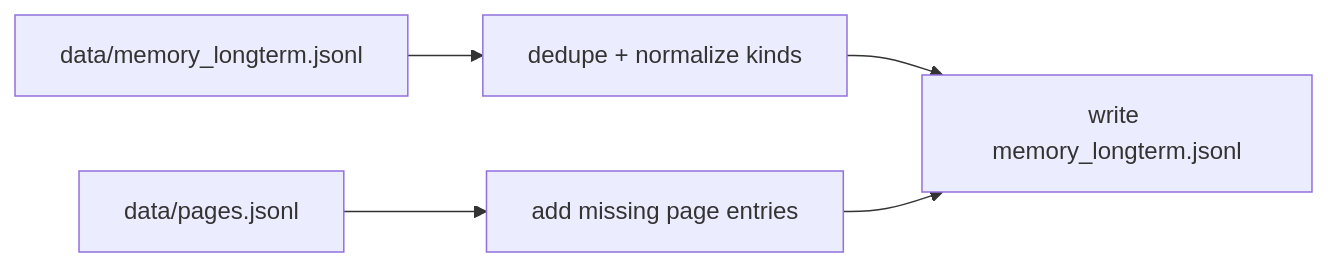
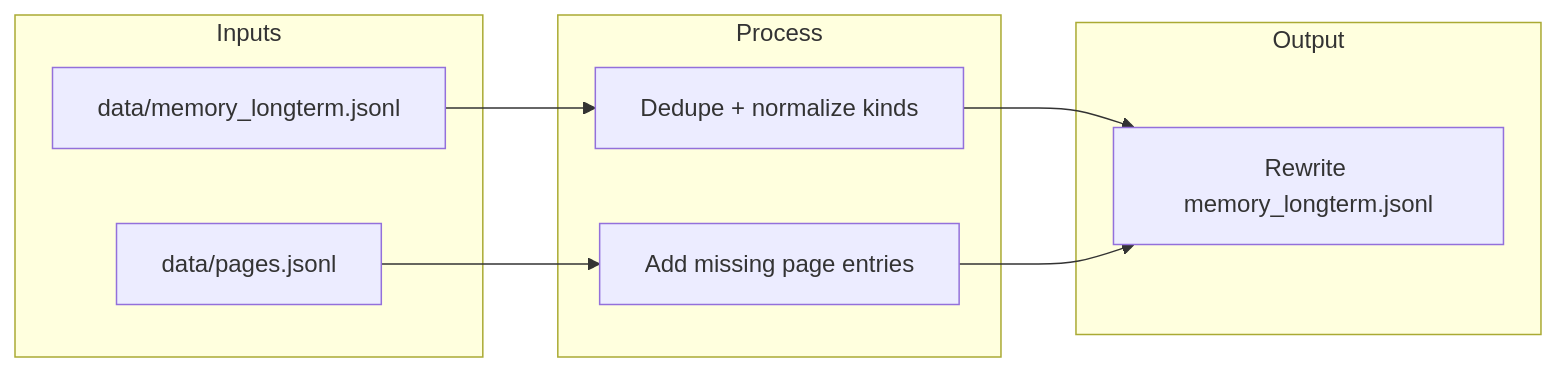
Before and after one commit to Torekas/web_crawler: the diagram in scripts/README.md, drawn with Mermaid. The commit also changed 5 other files, not shown here.

````diff
--- a/scripts/README.md
+++ b/scripts/README.md
@@ -20,7 +20,21 @@
 ```mermaid
 flowchart LR
-    ReadMem[data/memory_longterm.jsonl] --> Clean[dedupe + normalize kinds]
-    ReadPages[data/pages.jsonl] --> Add[add missing page entries]
-    Clean --> Write[write memory_longterm.jsonl]
+    subgraph Inputs["Inputs"]
+        Mem["data/memory_longterm.jsonl"]
+        Pages["data/pages.jsonl"]
+    end
+
+    subgraph Process["Process"]
+        Clean["Dedupe + normalize kinds"]
+        Add["Add missing page entries"]
+    end
+
+    subgraph Output["Output"]
+        Write["Rewrite memory_longterm.jsonl"]
+    end
+
+    Mem --> Clean
+    Pages --> Add
+    Clean --> Write
     Add --> Write
 ```
````
